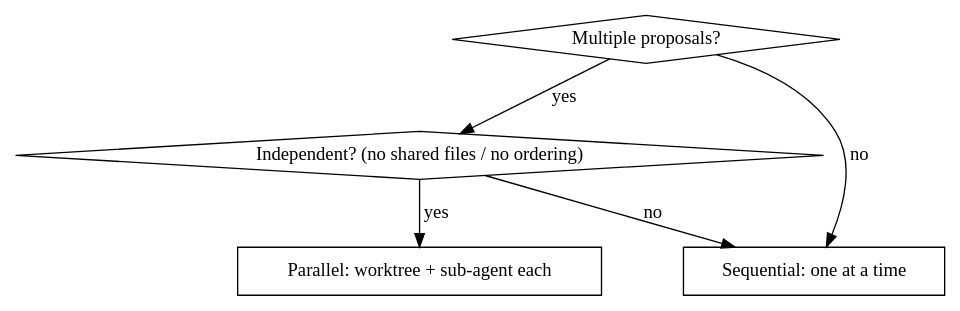
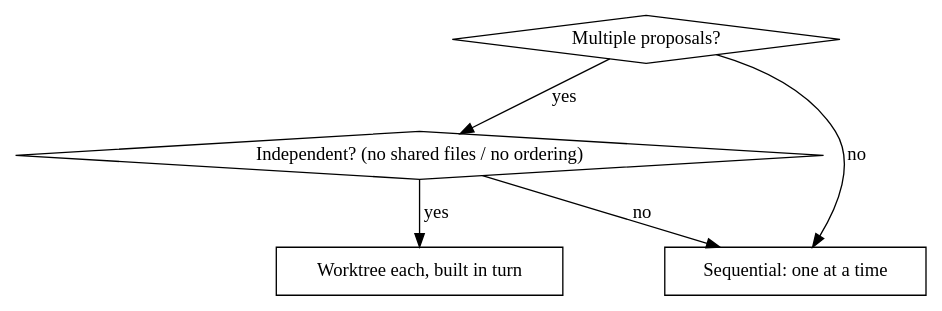
One commit to thomaslty/claude-skills changed the diagram in commands/dev/parallel-development.md. Above: the diagram before and after it, drawn with Graphviz. The commit also changed other lines of this file and 12 other files, not shown here.

````diff
--- a/commands/dev/parallel-development.md
+++ b/commands/dev/parallel-development.md
@@ -27,12 +27,12 @@
 ```dot
 digraph parallel_decision {
   "Multiple proposals?" [shape=diamond];
   "Independent? (no shared files / no ordering)" [shape=diamond];
-  "Parallel: worktree + sub-agent each" [shape=box];
+  "Worktree each, built in turn" [shape=box];
   "Sequential: one at a time" [shape=box];
   "Multiple proposals?" -> "Independent? (no shared files / no ordering)" [label="yes"];
   "Multiple proposals?" -> "Sequential: one at a time" [label="no"];
-  "Independent? (no shared files / no ordering)" -> "Parallel: worktree + sub-agent each" [label="yes"];
+  "Independent? (no shared files / no ordering)" -> "Worktree each, built in turn" [label="yes"];
   "Independent? (no shared files / no ordering)" -> "Sequential: one at a time" [label="no"];
 }
 ```
````
